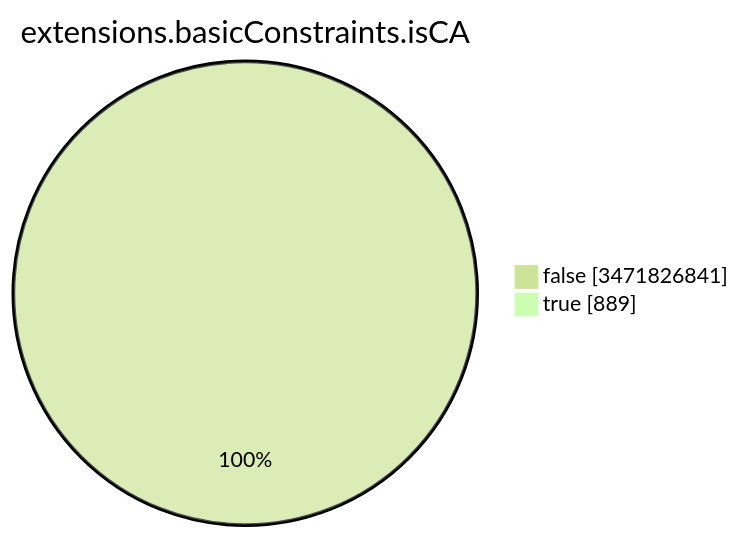
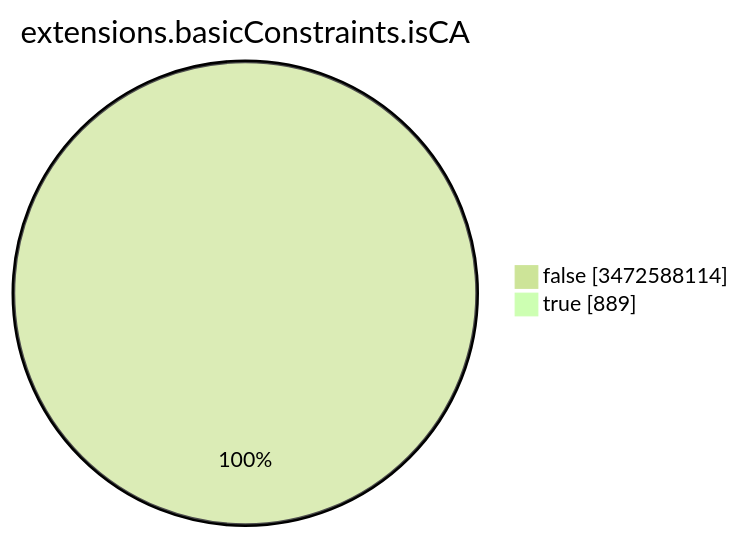
One commit to christiankrug/ctmonitor_visualization changed the seventh of 15 diagrams in TOTAL/README.md. Above: the diagram before and after it, drawn with Mermaid (forest theme). The commit also changed other lines of this file, not shown here.

````diff
--- a/TOTAL/README.md
+++ b/TOTAL/README.md
@@ -3093,6 +3093,6 @@
 ```mermaid
 pie showData
 title extensions.basicConstraints.isCA
-"false" :3471826841
+"false" :3472588114
 "true" :889
 ```
````
